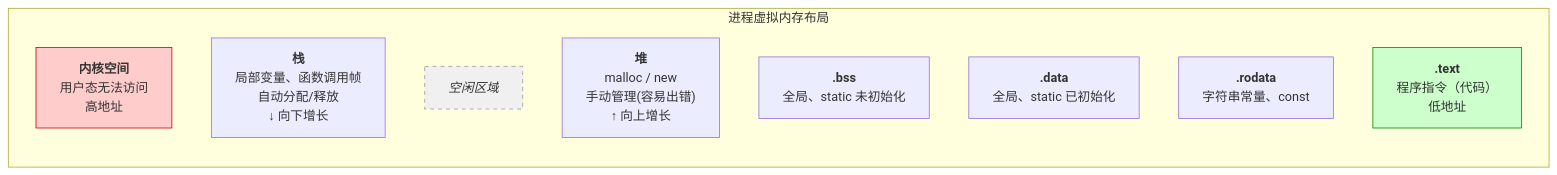
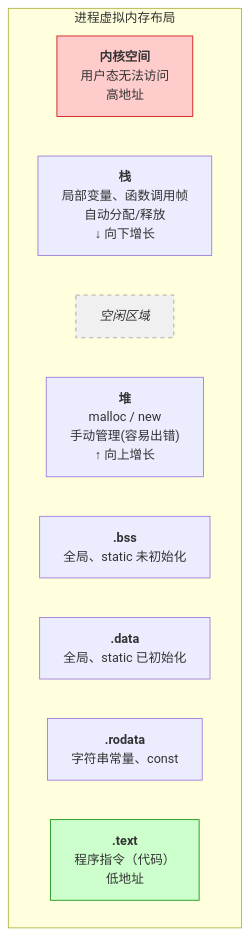
Diagram 15 of 57 in _posts/2026-05-07-计算机扫盲.md (PurgationDevil/Purgation.github.io), drawn with Mermaid before and after one commit. The commit also changed other lines of this file, not shown here.

````diff
--- a/_posts/2026-05-07-计算机扫盲.md
+++ b/_posts/2026-05-07-计算机扫盲.md
@@ -2864,19 +2864,19 @@
 ```mermaid
-flowchart TD
+flowchart LR
     subgraph VirtualMemory [进程虚拟内存布局]
-        direction TB
+        direction LR
 
         KernelSpace["<b>内核空间</b><br/>用户态无法访问<br/>高地址"]
         Stack["<b>栈</b><br/>局部变量、函数调用帧<br/>自动分配/释放<br/>↓ 向下增长"]
         Gap1["<i>空闲区域</i>"]
         Heap["<b>堆</b><br/>malloc / new<br/>手动管理(容易出错)<br/>↑ 向上增长"]
         BSS["<b>.bss</b><br/>全局、static 未初始化"]
         Data["<b>.data</b><br/>全局、static 已初始化"]
         RODATA["<b>.rodata</b><br/>字符串常量、const"]
         Text["<b>.text</b><br/>程序指令（代码）<br/>低地址"]
     end
 
     style KernelSpace fill:#ffcccc,stroke:#cc0000
     style Text fill:#ccffcc,stroke:#008800
     style Gap1 fill:#f0f0f0,stroke:#999,stroke-dasharray: 5 5
 ```
````
